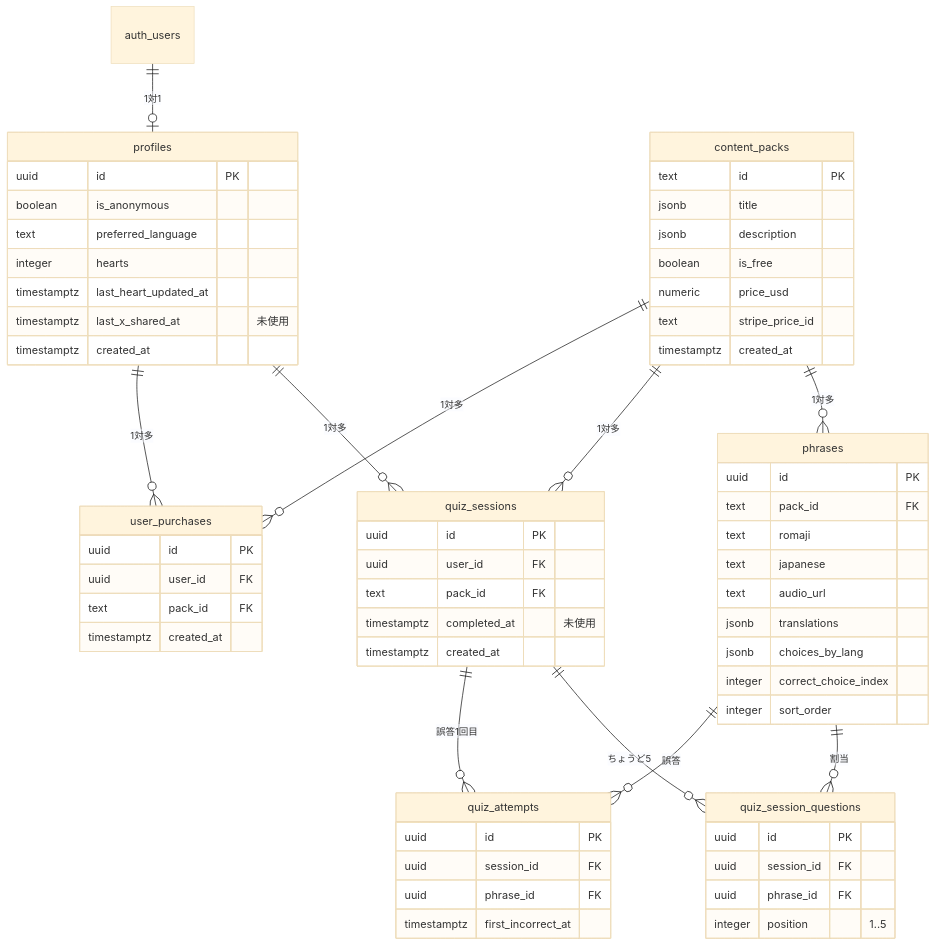
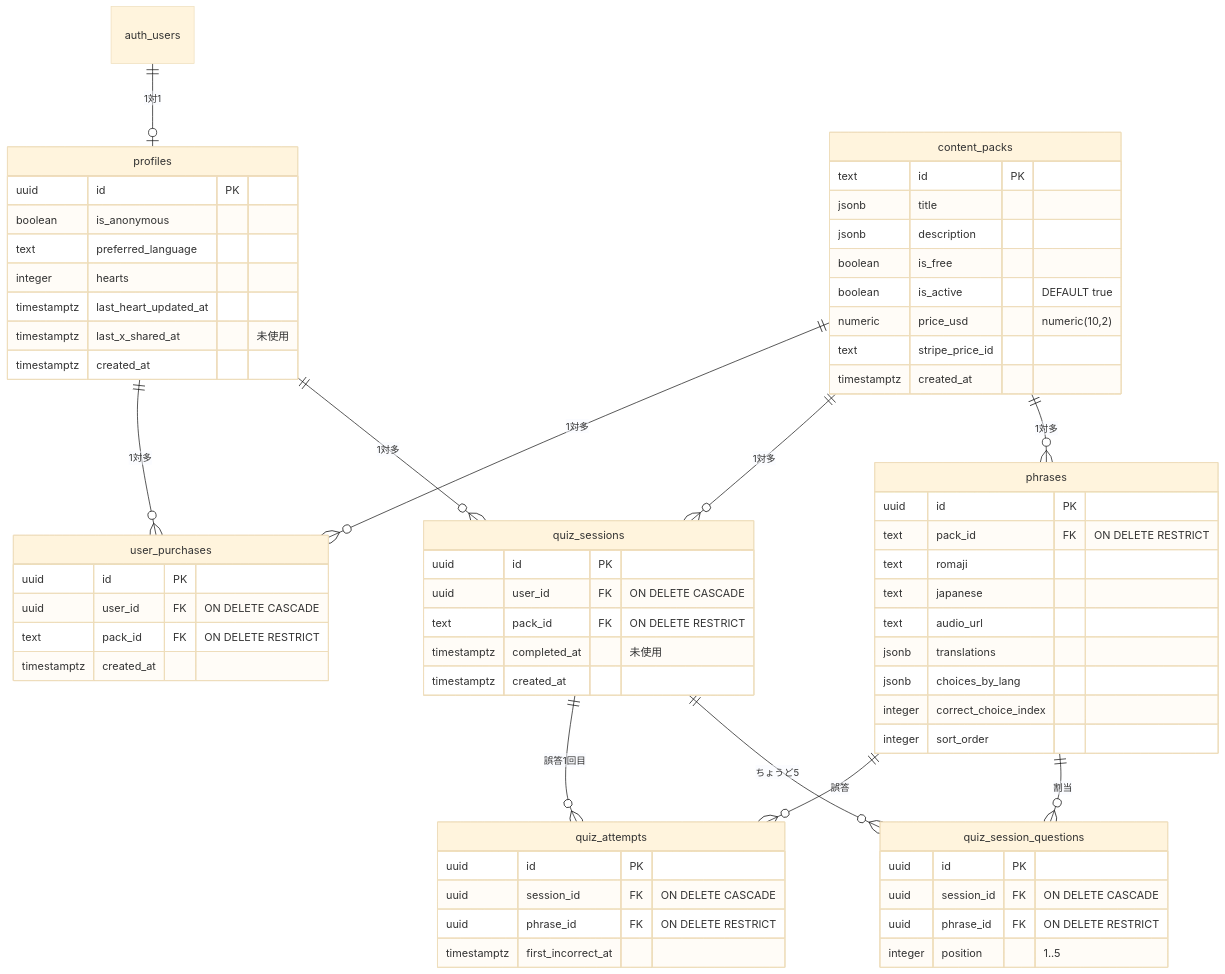
One commit to atosantasan/japanki changed the diagram in docs/design/4_db_schema.md. Above: the diagram before and after it, drawn with Mermaid (base theme). The commit also changed other lines of this file and 17 other files, not shown here.

````diff
--- a/docs/design/4_db_schema.md
+++ b/docs/design/4_db_schema.md
@@ -31,74 +36,75 @@
 ```mermaid
 erDiagram
     auth_users ||--o| profiles : "1対1"
     content_packs ||--o{ phrases : "1対多"
     content_packs ||--o{ quiz_sessions : "1対多"
     content_packs ||--o{ user_purchases : "1対多"
     profiles ||--o{ quiz_sessions : "1対多"
     profiles ||--o{ user_purchases : "1対多"
     quiz_sessions ||--o{ quiz_session_questions : "ちょうど5"
     quiz_sessions ||--o{ quiz_attempts : "誤答1回目"
     phrases ||--o{ quiz_session_questions : "割当"
     phrases ||--o{ quiz_attempts : "誤答"
 
     profiles {
         uuid id PK
         boolean is_anonymous
         text preferred_language
         integer hearts
         timestamptz last_heart_updated_at
         timestamptz last_x_shared_at "未使用"
         timestamptz created_at
     }
 
     content_packs {
         text id PK
         jsonb title
         jsonb description
         boolean is_free
-        numeric price_usd
+        boolean is_active "DEFAULT true"
+        numeric price_usd "numeric(10,2)"
         text stripe_price_id
         timestamptz created_at
     }
 
     phrases {
         uuid id PK
-        text pack_id FK
+        text pack_id FK "ON DELETE RESTRICT"
         text romaji
         text japanese
         text audio_url
         jsonb translations
         jsonb choices_by_lang
         integer correct_choice_index
         integer sort_order
     }
 
     quiz_sessions {
         uuid id PK
-        uuid user_id FK
-        text pack_id FK
+        uuid user_id FK "ON DELETE CASCADE"
+        text pack_id FK "ON DELETE RESTRICT"
         timestamptz completed_at "未使用"
         timestamptz created_at
     }
 
     quiz_session_questions {
         uuid id PK
-        uuid session_id FK
-        uuid phrase_id FK
+        uuid session_id FK "ON DELETE CASCADE"
+        uuid phrase_id FK "ON DELETE RESTRICT"
         integer position "1..5"
     }
 
     quiz_attempts {
         uuid id PK
-        uuid session_id FK
-        uuid phrase_id FK
+        uuid session_id FK "ON DELETE CASCADE"
+        uuid phrase_id FK "ON DELETE RESTRICT"
         timestamptz first_incorrect_at
     }
 
     user_purchases {
         uuid id PK
-        uuid user_id FK
-        text pack_id FK
+        uuid user_id FK "ON DELETE CASCADE"
+        text pack_id FK "ON DELETE RESTRICT"
         timestamptz created_at
     }
 ```
````
